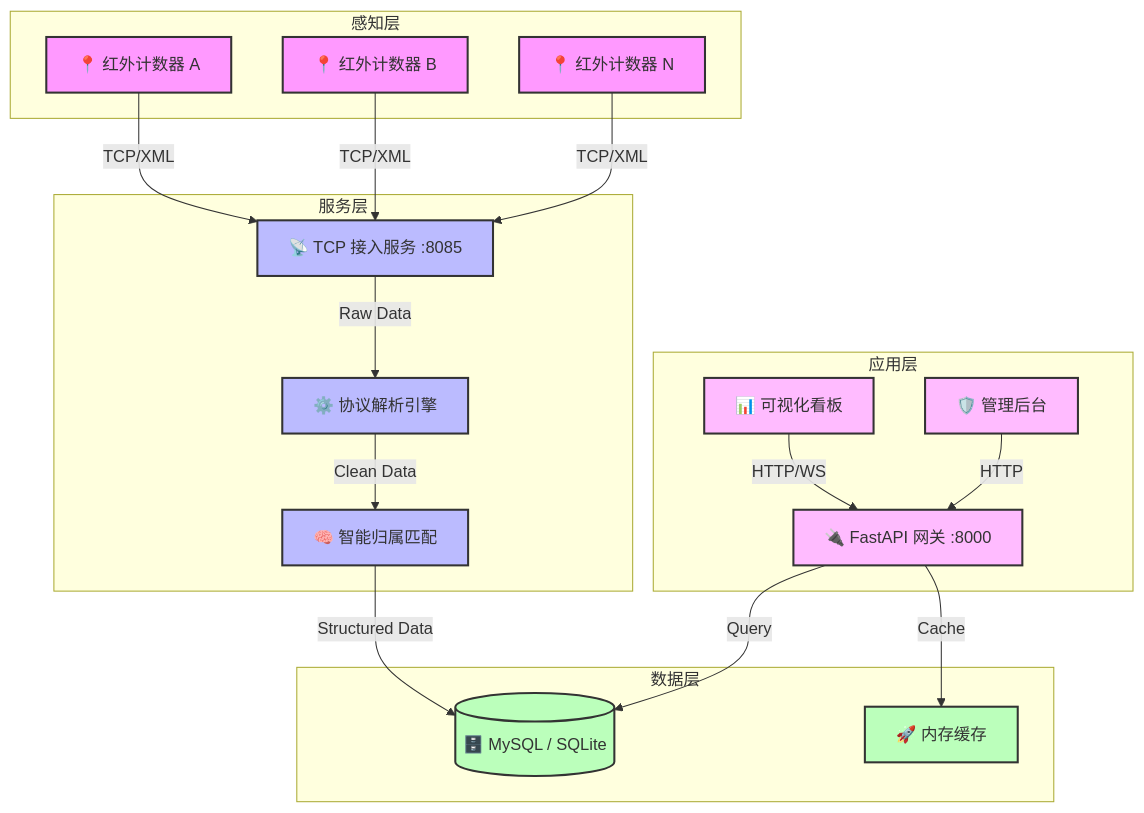
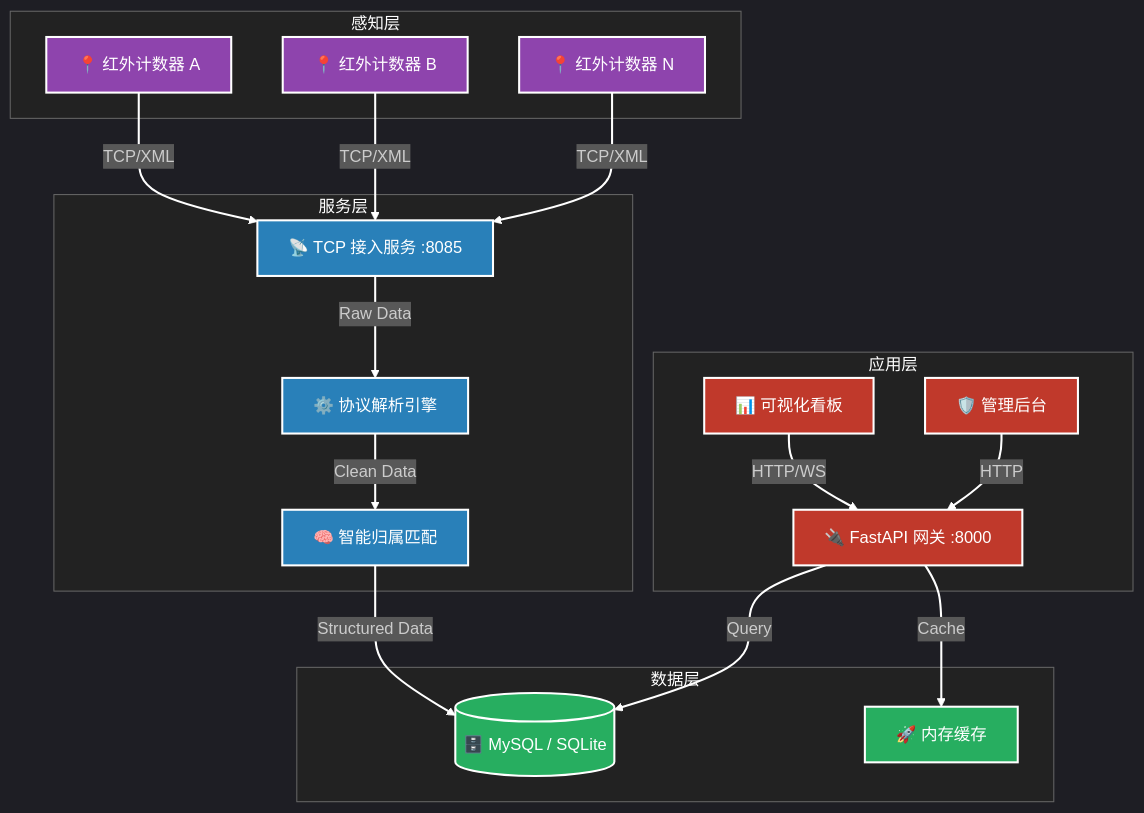
Before and after one commit to HF-CYGG/InfraCount: the second of 3 diagrams in README.md, drawn with Mermaid. The commit also changed other lines of this file, not shown here.

Commit message:
docs: 更新README中的图表为暗色主题并增强可读性
为README中的mermaid图表添加暗色主题配置，提高在暗色背景下的可读性。调整了节点颜色、边框和连线样式，确保图表在不同环境下都能清晰展示。

````diff
--- a/README.md
+++ b/README.md
@@ -123,43 +124,51 @@
 ```mermaid
+%%{init: {'theme': 'dark', 'themeVariables': { 'lineColor': '#ffffff' }}}%%
 graph TD
-    %% 定义样式
-    classDef device fill:#f9f,stroke:#333,stroke-width:2px;
-    classDef core fill:#bbf,stroke:#333,stroke-width:2px;
-    classDef db fill:#bfb,stroke:#333,stroke-width:2px;
-    classDef web fill:#fbf,stroke:#333,stroke-width:2px;
+    %% 全局样式：白色连线
+    linkStyle default stroke:#fff,stroke-width:2px;
+
+    %% 定义样式：高对比度暗色主题配色
+    classDef device fill:#8e44ad,stroke:#fff,stroke-width:2px,color:#fff;
+    classDef core fill:#2980b9,stroke:#fff,stroke-width:2px,color:#fff;
+    classDef db fill:#27ae60,stroke:#fff,stroke-width:2px,color:#fff;
+    classDef web fill:#c0392b,stroke:#fff,stroke-width:2px,color:#fff;
 
     subgraph IoT_Layer [感知层]
+        style IoT_Layer fill:#222,stroke:#666,color:#fff
         Device1[📍 红外计数器 A]:::device
         Device2[📍 红外计数器 B]:::device
         Device3[📍 红外计数器 N]:::device
     end
 
     subgraph Service_Layer [服务层]
+        style Service_Layer fill:#222,stroke:#666,color:#fff
         TCPServer[📡 TCP 接入服务 :8085]:::core
         Protocol[⚙️ 协议解析引擎]:::core
         Matcher[🧠 智能归属匹配]:::core
     end
 
     subgraph Data_Layer [数据层]
+        style Data_Layer fill:#222,stroke:#666,color:#fff
         DB[(🗄️ MySQL / SQLite)]:::db
         Cache[🚀 内存缓存]:::db
     end
 
     subgraph App_Layer [应用层]
+        style App_Layer fill:#222,stroke:#666,color:#fff
         API[🔌 FastAPI 网关 :8000]:::web
         Dashboard[📊 可视化看板]:::web
         Admin[🛡️ 管理后台]:::web
     end
 
     %% 链路关系
     Device1 & Device2 & Device3 -->|TCP/XML| TCPServer
     TCPServer -->|Raw Data| Protocol
     Protocol -->|Clean Data| Matcher
     Matcher -->|Structured Data| DB
     
     API -->|Query| DB
     API -->|Cache| Cache
     
     Dashboard -->|HTTP/WS| API
     Admin -->|HTTP| API
 ```
````
